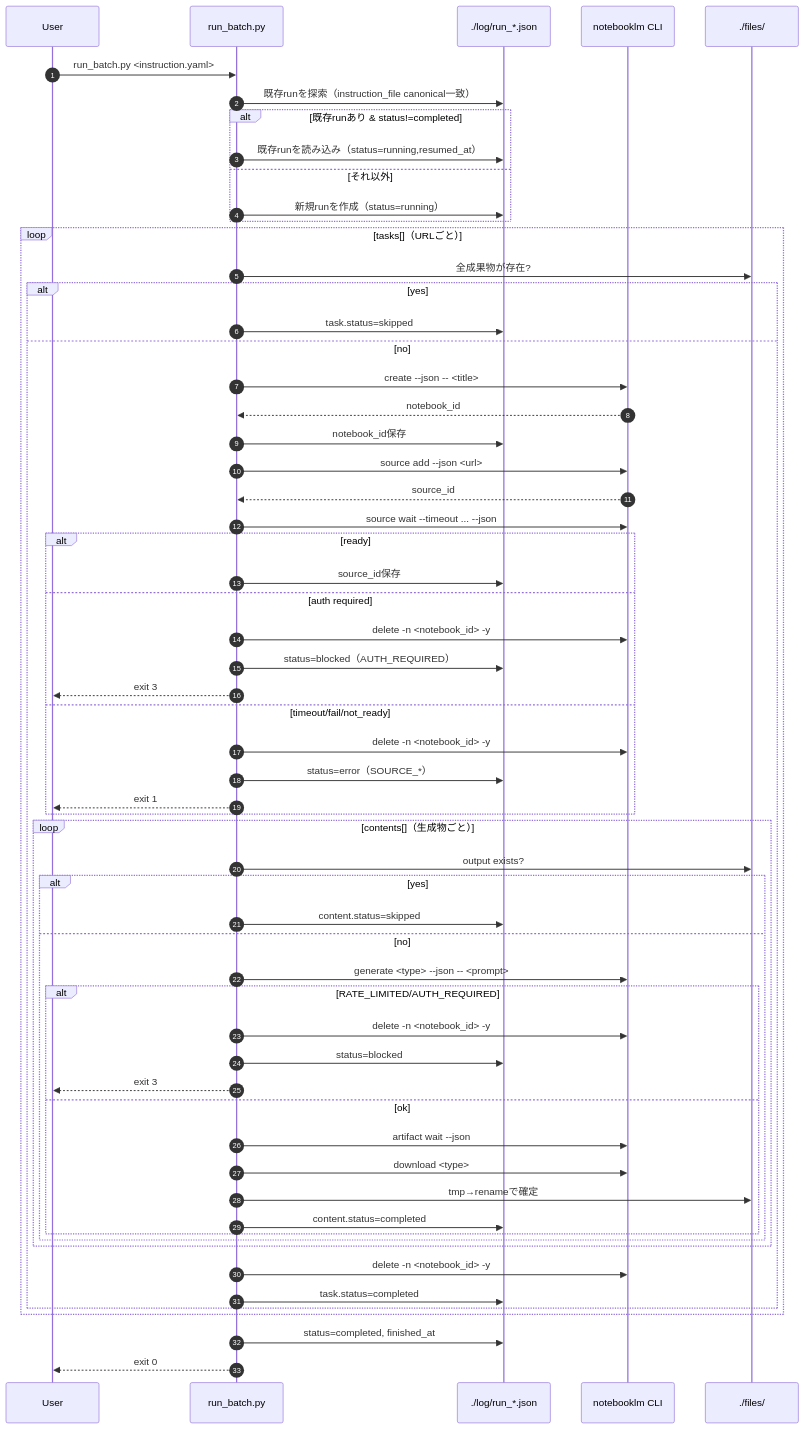
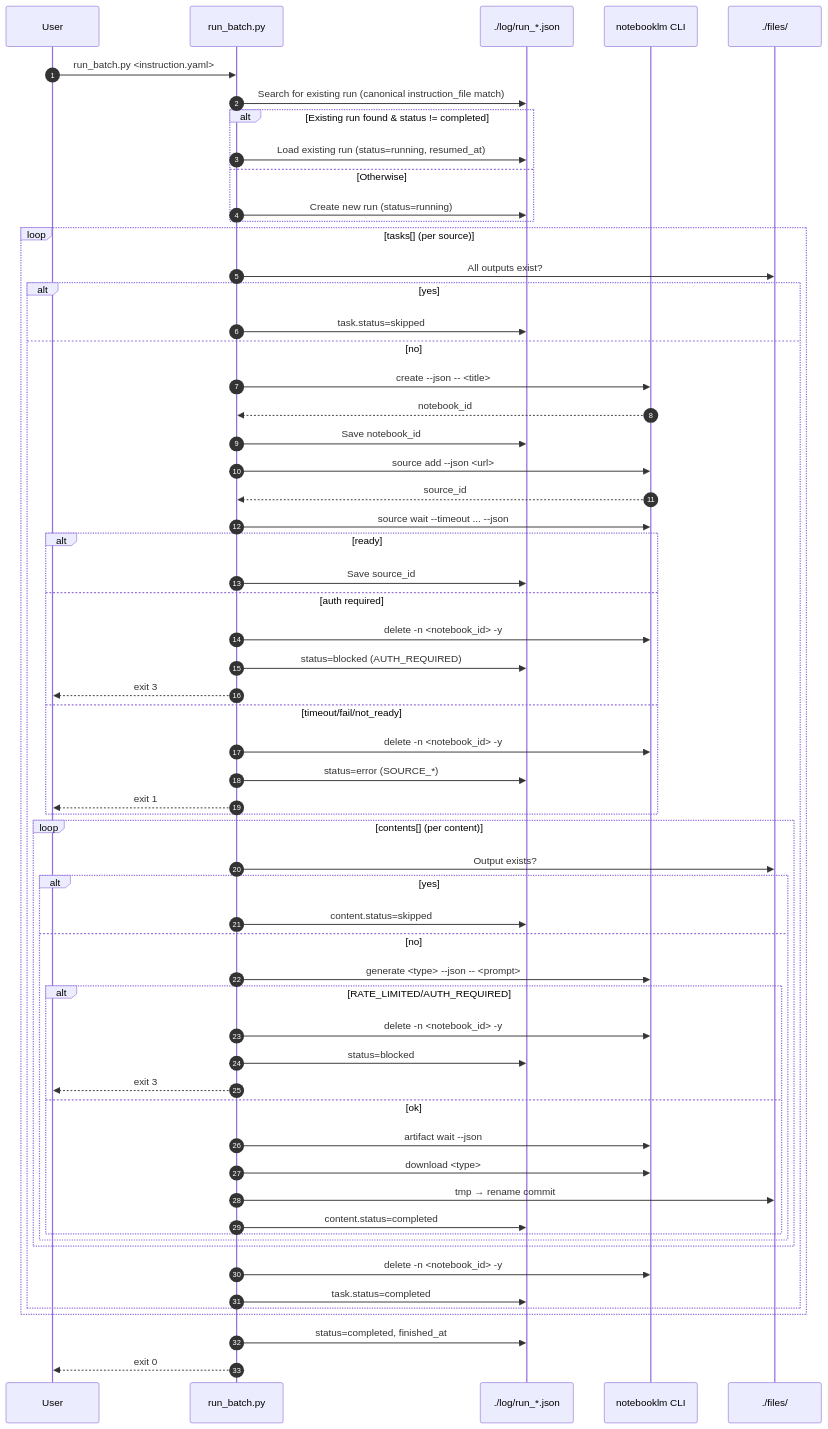
The first of 2 diagrams in README.md (KunihiroS/notebooklm-batch), drawn with Mermaid before and after one commit. The commit also changed other lines of this file and 6 other files, not shown here.

````diff
--- a/README.md
+++ b/README.md
@@ -605,68 +605,68 @@
 ```mermaid
 sequenceDiagram
   autonumber
   participant U as User
   participant RB as run_batch.py
   participant LOG as ./log/run_*.json
   participant NLM as notebooklm CLI
   participant FS as ./files/
 
   U->>RB: run_batch.py <instruction.yaml>
-  RB->>LOG: 既存runを探索（instruction_file canonical一致）
-  alt 既存runあり & status!=completed
-    RB->>LOG: 既存runを読み込み（status=running,resumed_at）
-  else それ以外
-    RB->>LOG: 新規runを作成（status=running）
+  RB->>LOG: Search for existing run (canonical instruction_file match)
+  alt Existing run found & status != completed
+    RB->>LOG: Load existing run (status=running, resumed_at)
+  else Otherwise
+    RB->>LOG: Create new run (status=running)
   end
 
-  loop tasks[]（URLごと）
-    RB->>FS: 全成果物が存在?
+  loop tasks[] (per source)
+    RB->>FS: All outputs exist?
     alt yes
       RB->>LOG: task.status=skipped
     else no
       RB->>NLM: create --json -- <title>
       NLM-->>RB: notebook_id
-      RB->>LOG: notebook_id保存
+      RB->>LOG: Save notebook_id
 
       RB->>NLM: source add --json <url>
       NLM-->>RB: source_id
       RB->>NLM: source wait --timeout ... --json
       alt ready
-        RB->>LOG: source_id保存
+        RB->>LOG: Save source_id
       else auth required
         RB->>NLM: delete -n <notebook_id> -y
-        RB->>LOG: status=blocked（AUTH_REQUIRED）
+        RB->>LOG: status=blocked (AUTH_REQUIRED)
         RB-->>U: exit 3
       else timeout/fail/not_ready
         RB->>NLM: delete -n <notebook_id> -y
-        RB->>LOG: status=error（SOURCE_*）
+        RB->>LOG: status=error (SOURCE_*)
         RB-->>U: exit 1
       end
 
-      loop contents[]（生成物ごと）
-        RB->>FS: output exists?
+      loop contents[] (per content)
+        RB->>FS: Output exists?
         alt yes
           RB->>LOG: content.status=skipped
         else no
           RB->>NLM: generate <type> --json -- <prompt>
           alt RATE_LIMITED/AUTH_REQUIRED
             RB->>NLM: delete -n <notebook_id> -y
             RB->>LOG: status=blocked
             RB-->>U: exit 3
           else ok
             RB->>NLM: artifact wait --json
             RB->>NLM: download <type>
-            RB->>FS: tmp→renameで確定
+            RB->>FS: tmp → rename commit
             RB->>LOG: content.status=completed
           end
         end
       end
 
       RB->>NLM: delete -n <notebook_id> -y
       RB->>LOG: task.status=completed
     end
   end
 
   RB->>LOG: status=completed, finished_at
   RB-->>U: exit 0
 ```
````
